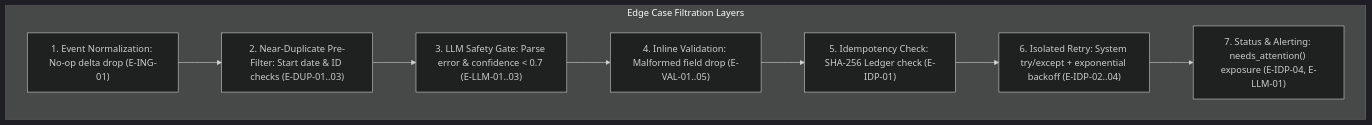
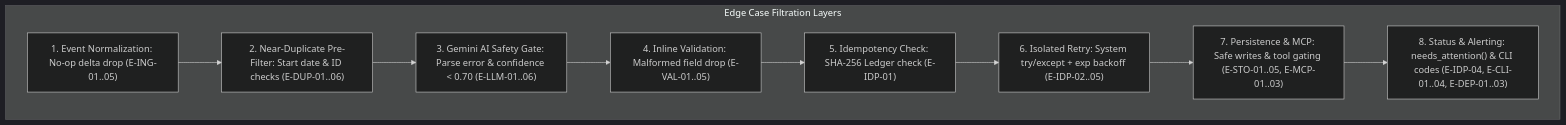
One commit to Navi-0212/BetterUp changed the diagram in edge-case.md. Above: the diagram before and after it, drawn with Mermaid (dark theme). The commit also changed other lines of this file, not shown here.

Commit message:
Update edge-case.md matrix with Gemini AI gating, MCP server, audit resilience, and deployment edge cases

````diff
--- a/edge-case.md
+++ b/edge-case.md
@@ -92,11 +107,12 @@
 ```mermaid
 graph TD
     subgraph EdgeCaseFilters["Edge Case Filtration Layers"]
-        EC1["1. Event Normalization: No-op delta drop (E-ING-01)"] --> EC2["2. Near-Duplicate Pre-Filter: Start date & ID checks (E-DUP-01..03)"]
-        EC2 --> EC3["3. LLM Safety Gate: Parse error & confidence < 0.7 (E-LLM-01..03)"]
+        EC1["1. Event Normalization: No-op delta drop (E-ING-01..05)"] --> EC2["2. Near-Duplicate Pre-Filter: Start date & ID checks (E-DUP-01..06)"]
+        EC2 --> EC3["3. Gemini AI Safety Gate: Parse error & confidence < 0.70 (E-LLM-01..06)"]
         EC3 --> EC4["4. Inline Validation: Malformed field drop (E-VAL-01..05)"]
         EC4 --> EC5["5. Idempotency Check: SHA-256 Ledger check (E-IDP-01)"]
-        EC5 --> EC6["6. Isolated Retry: System try/except + exponential backoff (E-IDP-02..04)"]
-        EC6 --> EC7["7. Status & Alerting: needs_attention() exposure (E-IDP-04, E-LLM-01)"]
+        EC5 --> EC6["6. Isolated Retry: System try/except + exp backoff (E-IDP-02..05)"]
+        EC6 --> EC7["7. Persistence & MCP: Safe writes & tool gating (E-STO-01..05, E-MCP-01..03)"]
+        EC7 --> EC8["8. Status & Alerting: needs_attention() & CLI codes (E-IDP-04, E-CLI-01..04, E-DEP-01..03)"]
     end
 ```
````
